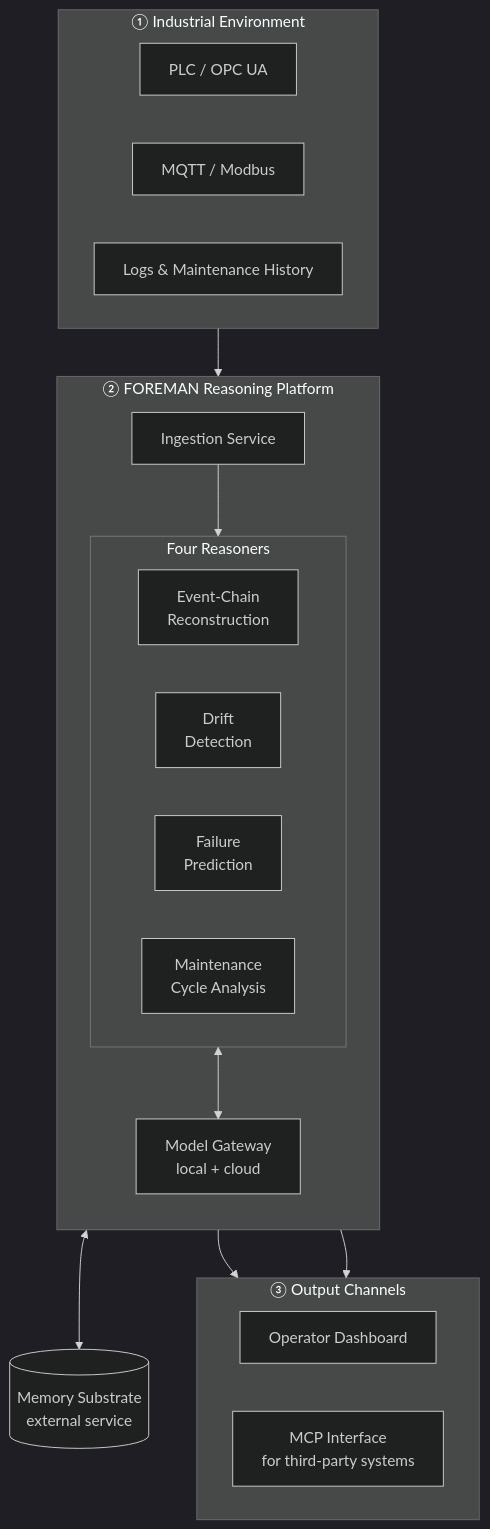
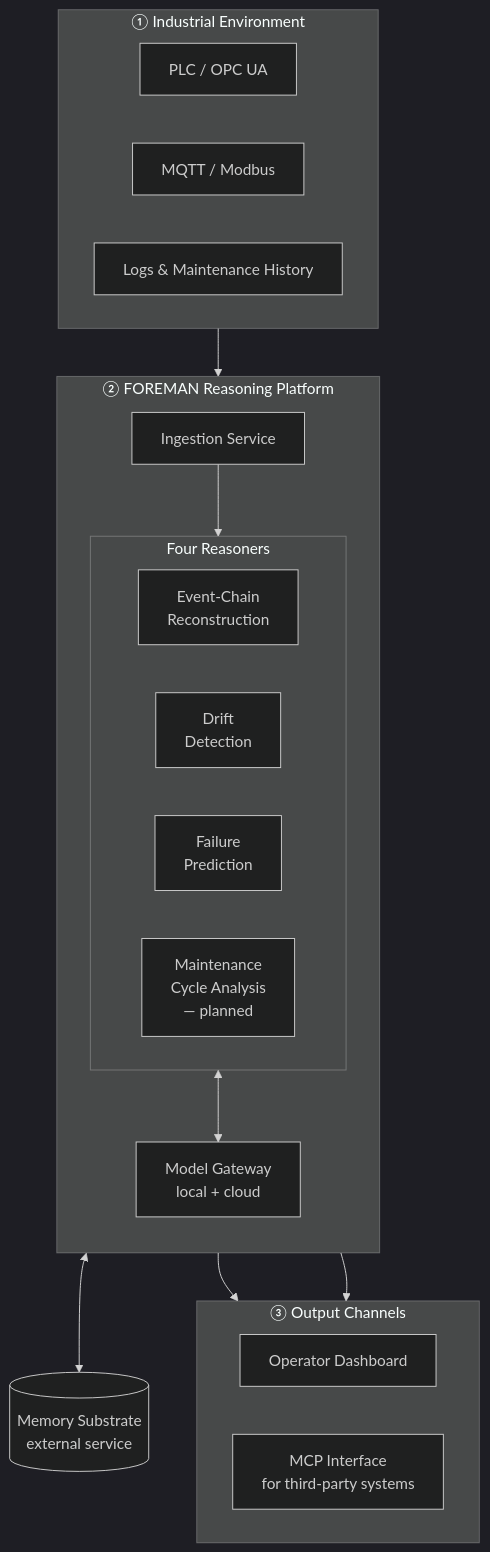
One commit to patricznr1/foreman changed the diagram in README.md. Above: the diagram before and after it, drawn with Mermaid (dark theme). The commit also changed other lines of this file and 57 other files, not shown here.

````diff
--- a/README.md
+++ b/README.md
@@ -83,36 +83,36 @@
 ```mermaid
 flowchart TB
     subgraph L1["① Industrial Environment"]
         direction LR
         SPS[PLC / OPC UA] 
         MQTT[MQTT / Modbus]
         LOGS[Logs & Maintenance History]
     end
 
     subgraph L2["② FOREMAN Reasoning Platform"]
         direction TB
         ING[Ingestion Service]
         subgraph R["Four Reasoners"]
             direction LR
             R1[Event-Chain\nReconstruction]
             R2[Drift\nDetection]
             R3[Failure\nPrediction]
-            R4[Maintenance\nCycle Analysis]
+            R4[Maintenance\nCycle Analysis\n— planned]
         end
         GW[Model Gateway\nlocal + cloud]
     end
 
     subgraph L3["③ Output Channels"]
         direction LR
         DASH[Operator Dashboard]
         MCP[MCP Interface\nfor third-party systems]
     end
 
     MEM[(Memory Substrate\nexternal service)]
 
     L1 --> ING --> R
     R <--> GW
     R <--> MEM
     R --> DASH
     R --> MCP
 ```
````
